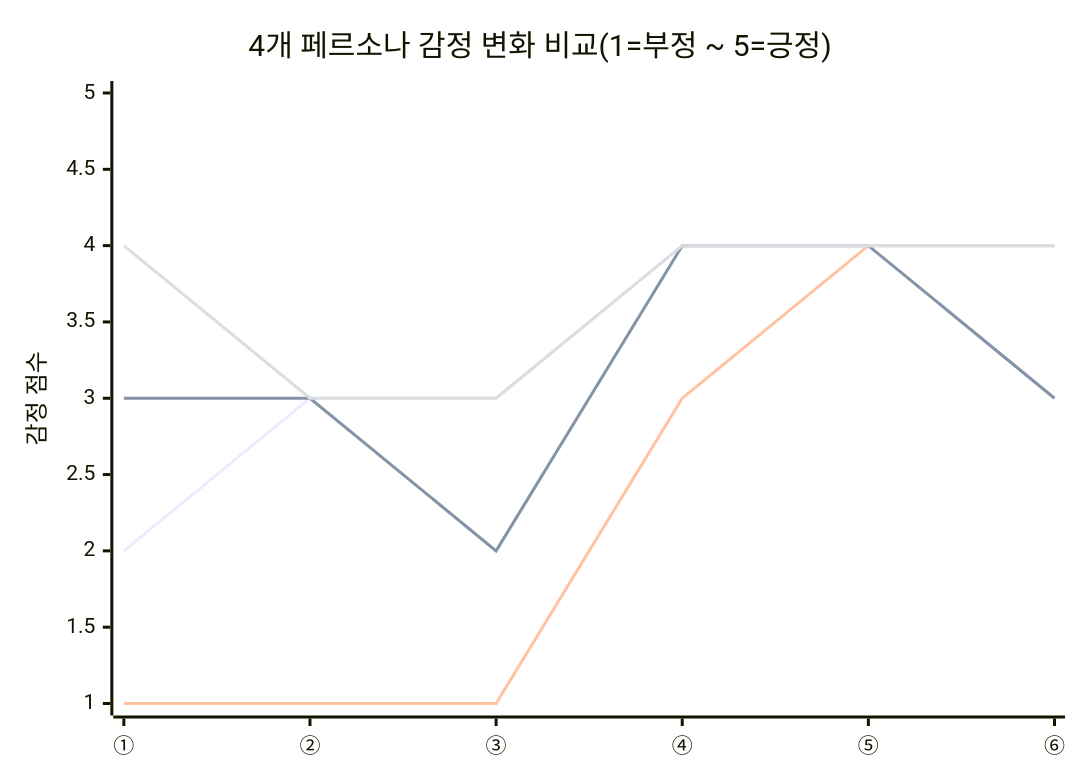
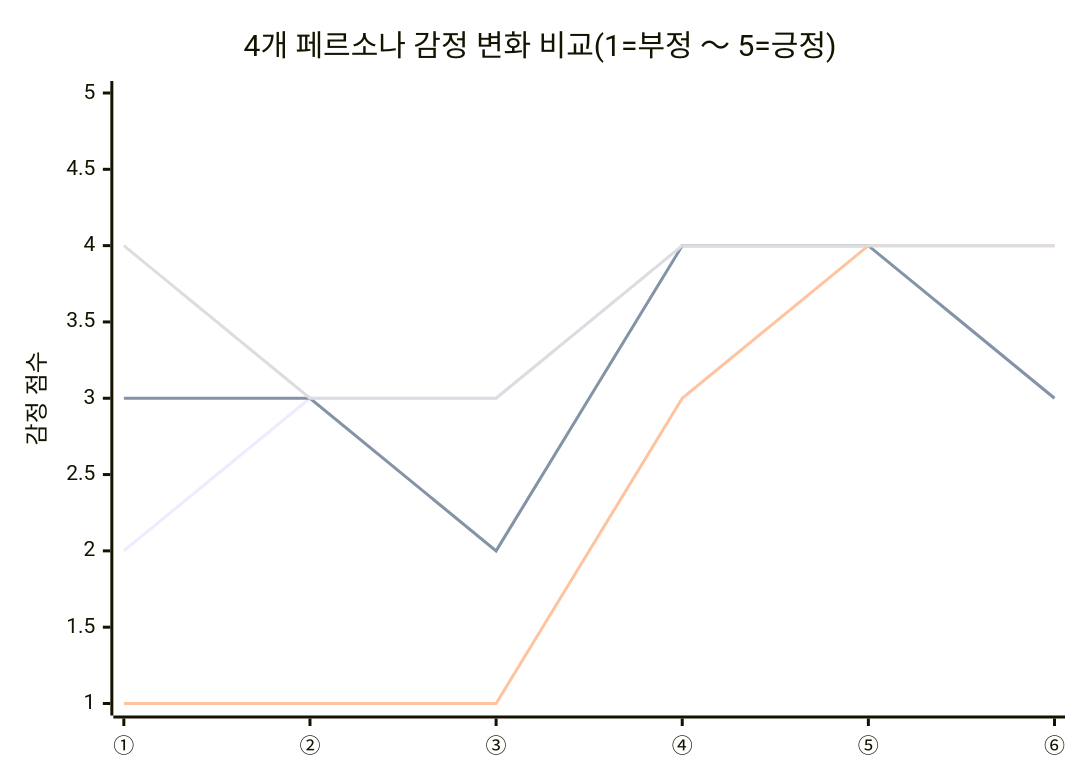
One commit to jennie-brain/idea changed the second of 3 diagrams in Industry and Business Analysis/05_페르소나_고객여정지도/02_고객여정지도.md. Above: the diagram before and after it, drawn with Mermaid. The commit also changed other lines of this file and 21 other files, not shown here.

````diff
--- a/Industry and Business Analysis/05_페르소나_고객여정지도/02_고객여정지도.md
+++ b/Industry and Business Analysis/05_페르소나_고객여정지도/02_고객여정지도.md
@@ -81,10 +81,10 @@
 ```mermaid
 xychart-beta
-    title "4개 페르소나 감정 변화 비교(1=부정 ~ 5=긍정)"
+    title "4개 페르소나 감정 변화 비교(1=부정 ～ 5=긍정)"
     x-axis ["①", "②", "③", "④", "⑤", "⑥"]
     y-axis "감정 점수" 1 --> 5
     line [2, 3, 3, 4, 4, 3]
     line [3, 3, 2, 4, 4, 3]
     line [1, 1, 1, 3, 4, 4]
     line [4, 3, 3, 4, 4, 4]
 ```
````
